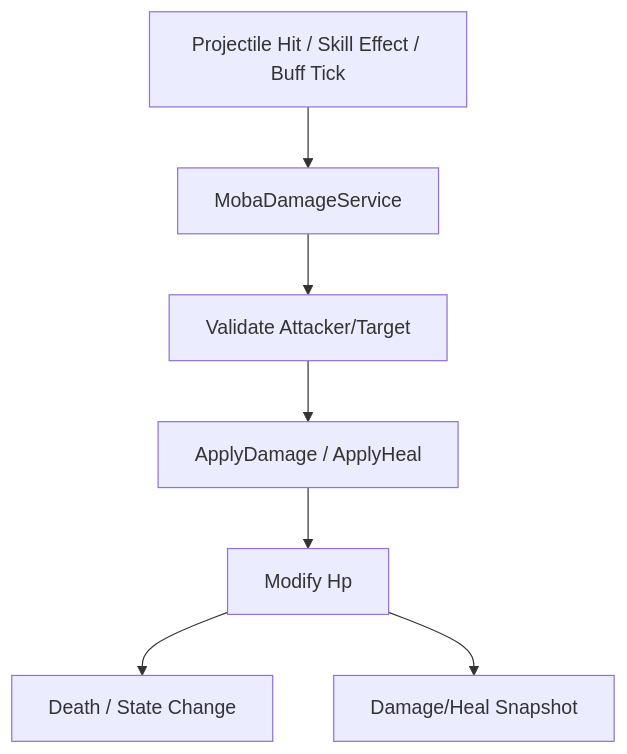
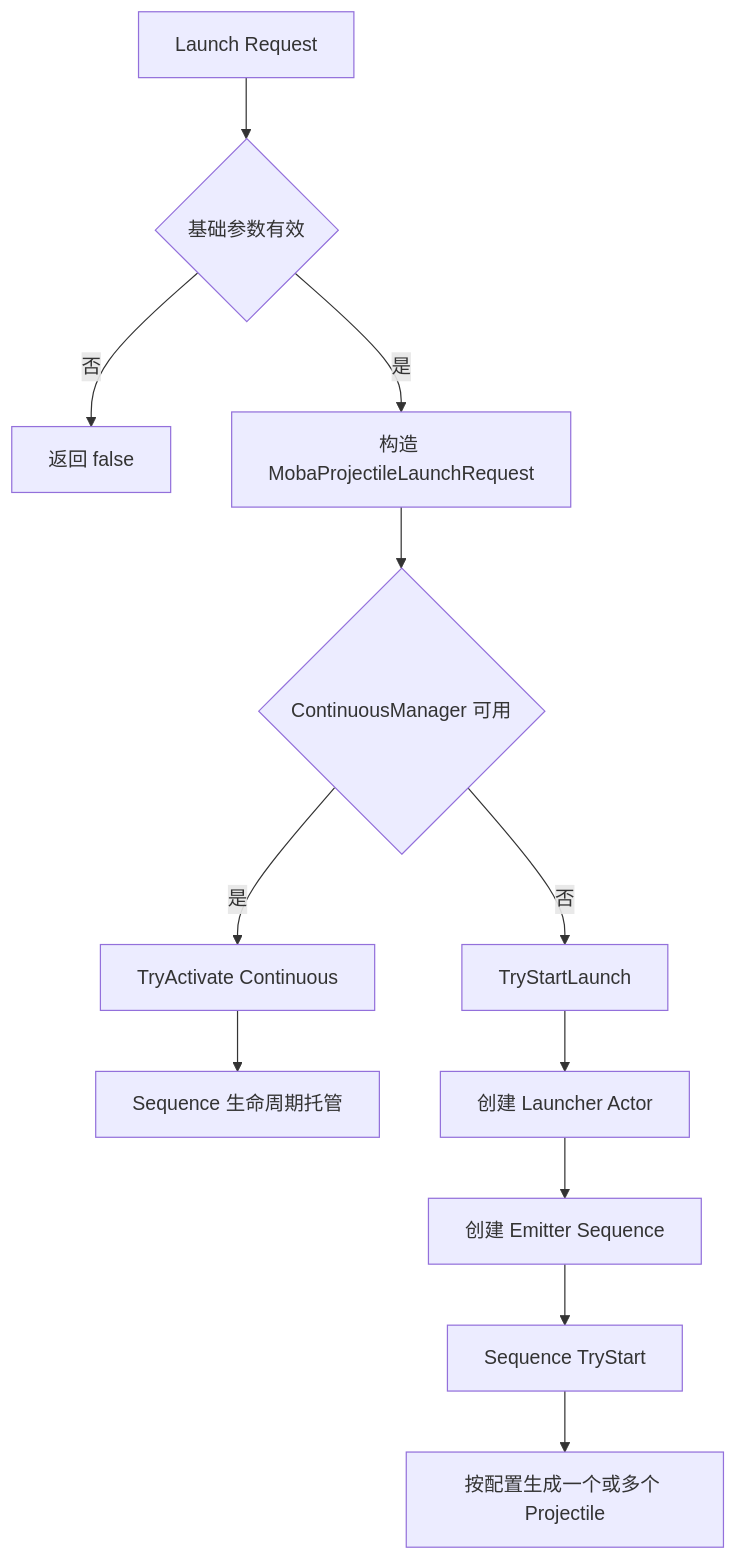
Before and after one commit to Kurumioi/AbilityKit: the second of 5 diagrams in Docs/design/09-ImplementationExamples/MOBA/08-ProjectileDamageDeepDive.md, drawn with Mermaid. The commit also changed other lines of this file and 118 other files, not shown here.

````diff
--- a/Docs/design/09-ImplementationExamples/MOBA/08-ProjectileDamageDeepDive.md
+++ b/Docs/design/09-ImplementationExamples/MOBA/08-ProjectileDamageDeepDive.md
@@ -70,9 +61,14 @@
 ```mermaid
 flowchart TD
-    A[Projectile Hit / Skill Effect / Buff Tick] --> B[MobaDamageService]
-    B --> C[Validate Attacker/Target]
-    C --> D[ApplyDamage / ApplyHeal]
-    D --> E[Modify Hp]
-    E --> F[Death / State Change]
-    E --> G[Damage/Heal Snapshot]
+    A[Launch Request] --> B{基础参数有效}
+    B -->|否| X[返回 false]
+    B -->|是| C[构造 MobaProjectileLaunchRequest]
+    C --> D{ContinuousManager 可用}
+    D -->|是| E[TryActivate Continuous]
+    D -->|否| F[TryStartLaunch]
+    E --> G[Sequence 生命周期托管]
+    F --> H[创建 Launcher Actor]
+    H --> I[创建 Emitter Sequence]
+    I --> J[Sequence TryStart]
+    J --> K[按配置生成一个或多个 Projectile]
 ```
````
